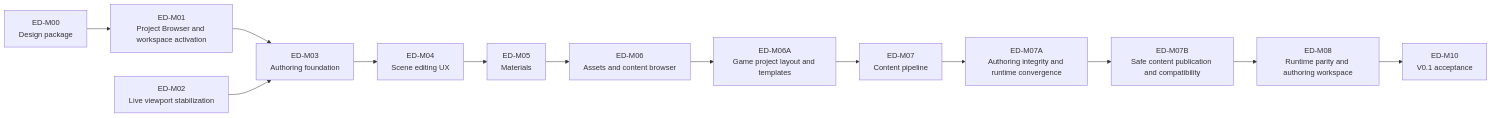
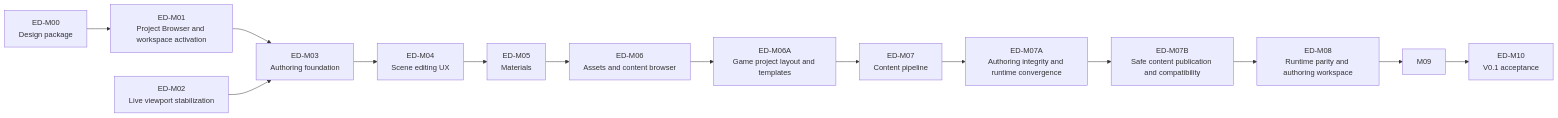
One commit to abdes/DroidNet changed the diagram in design/editor/PLAN.md. Above: the diagram before and after it, drawn with Mermaid. The commit also changed other lines of this file and 25 other files, not shown here.

````diff
--- a/design/editor/PLAN.md
+++ b/design/editor/PLAN.md
@@ -63,21 +63,21 @@
 ```mermaid
 flowchart LR
     M00[ED-M00<br/>Design package]
     M01[ED-M01<br/>Project Browser and workspace activation]
     M02[ED-M02<br/>Live viewport stabilization]
     M03[ED-M03<br/>Authoring foundation]
     M04[ED-M04<br/>Scene editing UX]
     M05[ED-M05<br/>Materials]
     M06[ED-M06<br/>Assets and content browser]
     M06A[ED-M06A<br/>Game project layout and templates]
     M07[ED-M07<br/>Content pipeline]
     M07A[ED-M07A<br/>Authoring integrity and runtime convergence]
     M07B[ED-M07B<br/>Safe content publication and compatibility]
     M08[ED-M08<br/>Runtime parity and authoring workspace]
     M10[ED-M10<br/>V0.1 acceptance]
 
     M00 --> M01
     M01 --> M03
     M02 --> M03
-    M03 --> M04 --> M05 --> M06 --> M06A --> M07 --> M07A --> M07B --> M08 --> M10
+    M03 --> M04 --> M05 --> M06 --> M06A --> M07 --> M07A --> M07B --> M08 --> M09 --> M10
 ```
````
